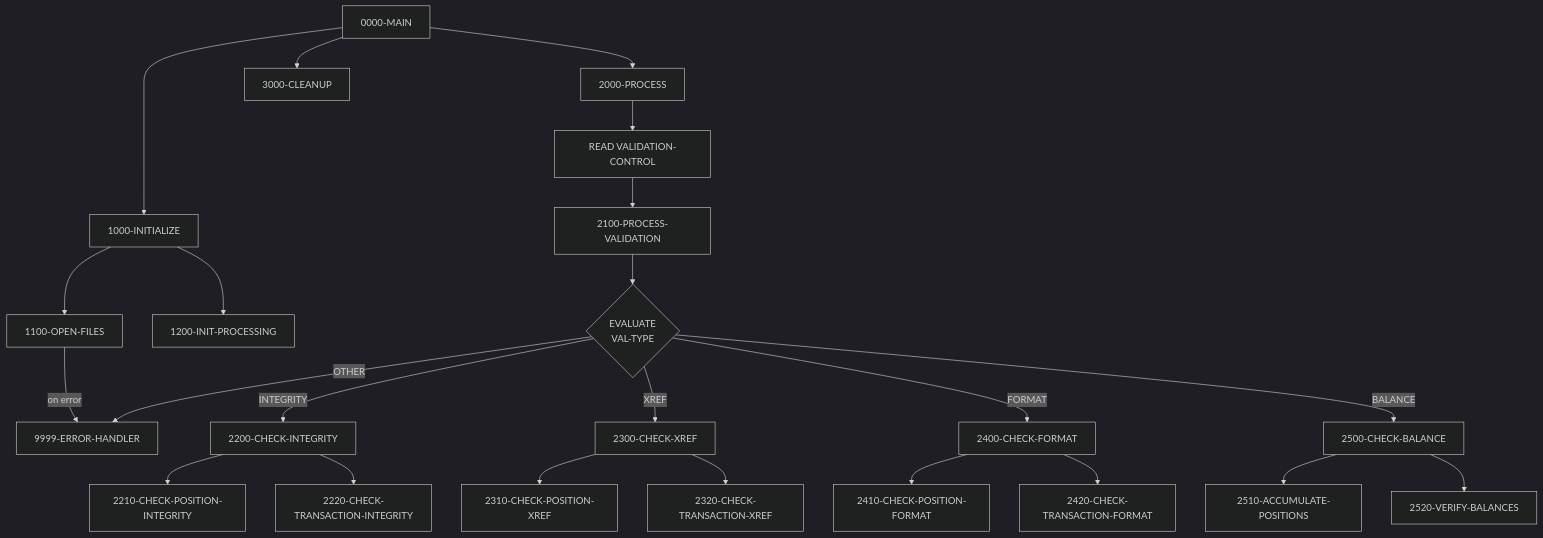
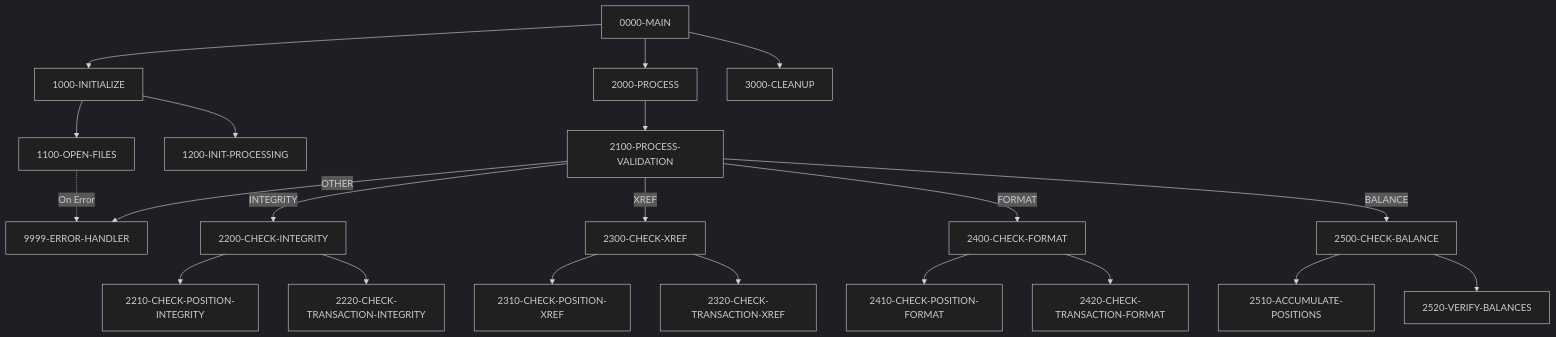
One commit to haladir-com/legacy-benchmark-docs-vb70e1 changed the diagram in docs/programs/UTLVAL00.mdx. Above: the diagram before and after it, drawn with Mermaid (dark theme). The commit also changed other lines of this file and 63 other files, not shown here.

````diff
--- a/docs/programs/UTLVAL00.mdx
+++ b/docs/programs/UTLVAL00.mdx
@@ -27,32 +20,30 @@
 ```mermaid
 graph TD
-    A["0000-MAIN"] --> B["1000-INITIALIZE"]
-    A --> C["2000-PROCESS"]
-    A --> D["3000-CLEANUP"]
+    A[0000-MAIN] --> B[1000-INITIALIZE]
+    A --> C[2000-PROCESS]
+    A --> D[3000-CLEANUP]
     
-    B --> B1["1100-OPEN-FILES"]
-    B --> B2["1200-INIT-PROCESSING"]
-    B1 -->|"on error"| E["9999-ERROR-HANDLER"]
+    B --> B1[1100-OPEN-FILES]
+    B --> B2[1200-INIT-PROCESSING]
+    B1 -.->|On Error| E[9999-ERROR-HANDLER]
     
-    C --> C1["READ VALIDATION-CONTROL"]
-    C1 --> C2["2100-PROCESS-VALIDATION"]
+    C --> C1[2100-PROCESS-VALIDATION]
     
-    C2 --> F{"EVALUATE<br/>VAL-TYPE"}
-    F -->|"INTEGRITY"| G["2200-CHECK-INTEGRITY"]
-    F -->|"XREF"| H["2300-CHECK-XREF"]
-    F -->|"FORMAT"| I["2400-CHECK-FORMAT"]
-    F -->|"BALANCE"| J["2500-CHECK-BALANCE"]
-    F -->|"OTHER"| E
+    C1 -->|INTEGRITY| F[2200-CHECK-INTEGRITY]
+    C1 -->|XREF| G[2300-CHECK-XREF]
+    C1 -->|FORMAT| H[2400-CHECK-FORMAT]
+    C1 -->|BALANCE| I[2500-CHECK-BALANCE]
+    C1 -->|OTHER| E
     
-    G --> G1["2210-CHECK-POSITION-INTEGRITY"]
-    G --> G2["2220-CHECK-TRANSACTION-INTEGRITY"]
+    F --> F1[2210-CHECK-POSITION-INTEGRITY]
+    F --> F2[2220-CHECK-TRANSACTION-INTEGRITY]
     
-    H --> H1["2310-CHECK-POSITION-XREF"]
-    H --> H2["2320-CHECK-TRANSACTION-XREF"]
+    G --> G1[2310-CHECK-POSITION-XREF]
+    G --> G2[2320-CHECK-TRANSACTION-XREF]
     
-    I --> I1["2410-CHECK-POSITION-FORMAT"]
-    I --> I2["2420-CHECK-TRANSACTION-FORMAT"]
+    H --> H1[2410-CHECK-POSITION-FORMAT]
+    H --> H2[2420-CHECK-TRANSACTION-FORMAT]
     
-    J --> J1["2510-ACCUMULATE-POSITIONS"]
-    J --> J2["2520-VERIFY-BALANCES"]
+    I --> I1[2510-ACCUMULATE-POSITIONS]
+    I --> I2[2520-VERIFY-BALANCES]
 ```
````
